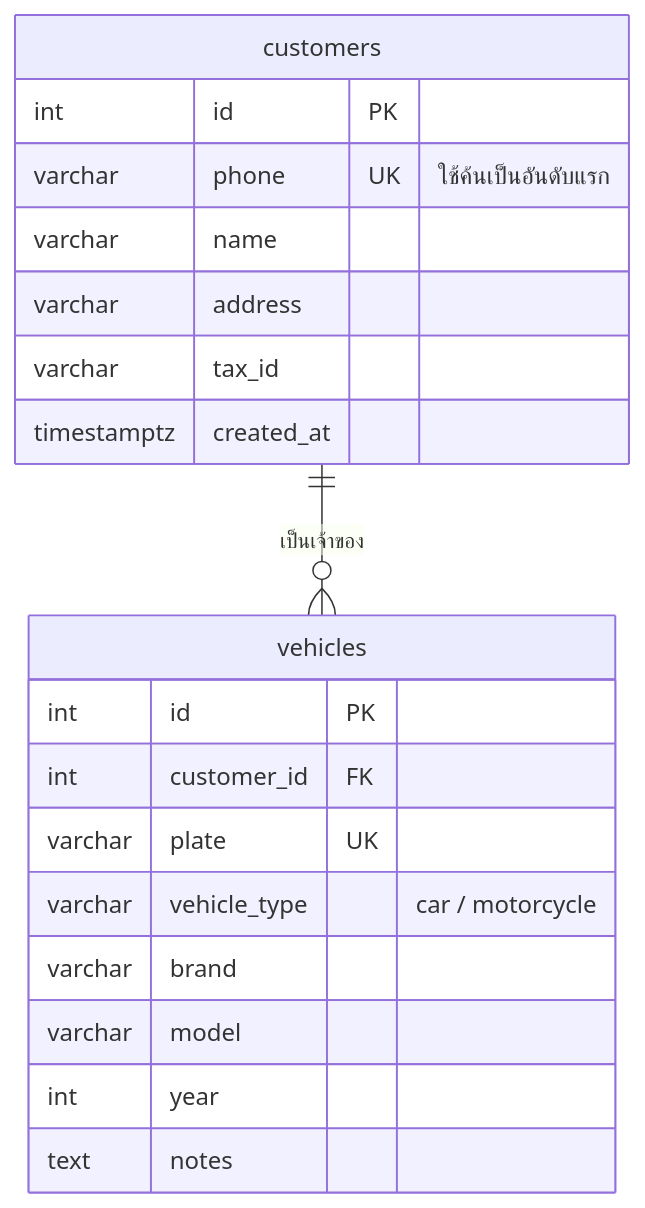
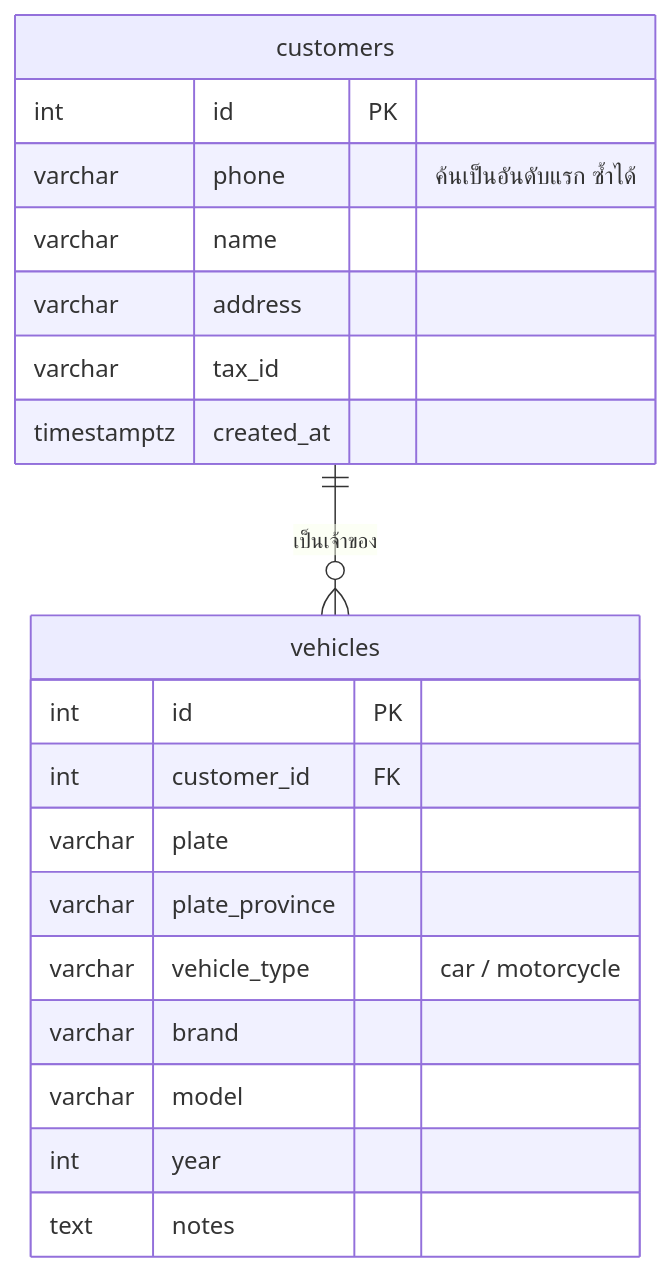
One commit to kaewjamsai0193/Garage_Final_Project changed the third of 9 diagrams in data_model.md. Above: the diagram before and after it, drawn with Mermaid. The commit also changed other lines of this file and 3 other files, not shown here.

````diff
--- a/data_model.md
+++ b/data_model.md
@@ -63,24 +69,25 @@
 ```mermaid
 erDiagram
     customers ||--o{ vehicles : "เป็นเจ้าของ"
 
     customers {
         int id PK
-        varchar phone UK "ใช้ค้นเป็นอันดับแรก"
+        varchar phone "ค้นเป็นอันดับแรก ซ้ำได้"
         varchar name
         varchar address
         varchar tax_id
         timestamptz created_at
     }
 
     vehicles {
         int id PK
         int customer_id FK
-        varchar plate UK
+        varchar plate
+        varchar plate_province
         varchar vehicle_type "car / motorcycle"
         varchar brand
         varchar model
         int year
         text notes
     }
 ```
````
